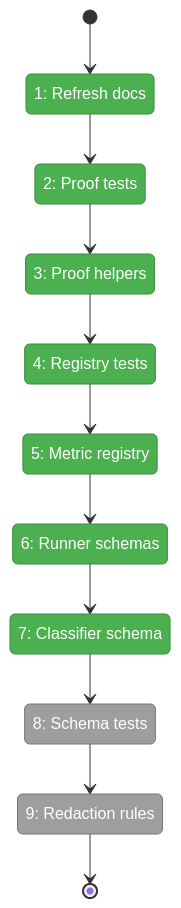
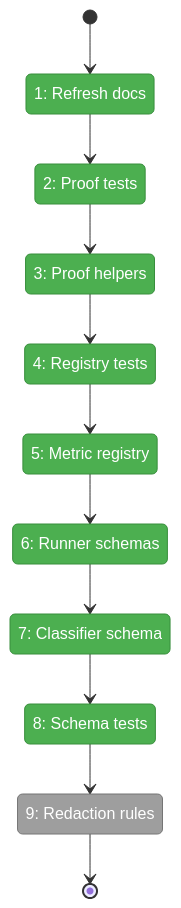
The first of 2 diagrams in docs/plans/020-minih-harness-measurement/tasks/phase-1-measurement-domain-contracts/tasks.fltplan.md (AI-Substrate/minih), drawn with Mermaid before and after one commit. The commit also changed other lines of this file and 3 other files, not shown here.

Commit message:
test: cover measurement schema contracts

````diff
--- a/docs/plans/020-minih-harness-measurement/tasks/phase-1-measurement-domain-contracts/tasks.fltplan.md
+++ b/docs/plans/020-minih-harness-measurement/tasks/phase-1-measurement-domain-contracts/tasks.fltplan.md
@@ -44,37 +44,38 @@
 ```mermaid
 stateDiagram-v2
     classDef pending fill:#9E9E9E,stroke:#757575,color:#fff
     classDef active fill:#FFC107,stroke:#FFA000,color:#000
     classDef done fill:#4CAF50,stroke:#388E3C,color:#fff
     classDef blocked fill:#F44336,stroke:#D32F2F,color:#fff
 
     state "1: Refresh docs" as S1
     state "2: Proof tests" as S2
     state "3: Proof helpers" as S3
     state "4: Registry tests" as S4
     state "5: Metric registry" as S5
     state "6: Runner schemas" as S6
     state "7: Classifier schema" as S7
     state "8: Schema tests" as S8
     state "9: Redaction rules" as S9
 
     [*] --> S1
     S1 --> S2
     S2 --> S3
     S3 --> S4
     S4 --> S5
     S5 --> S6
     S6 --> S7
     S7 --> S8
     S8 --> S9
     S9 --> [*]
 
     class S1 done
     class S2 done
     class S3 done
     class S4 done
     class S5 done
     class S6 done
     class S7 done
-    class S8,S9 pending
+    class S8 done
+    class S9 pending
 ```
````
